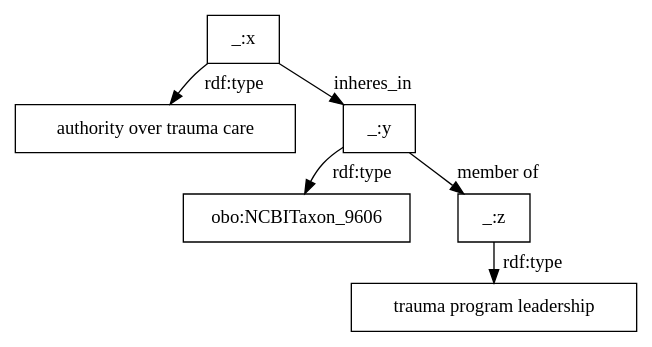
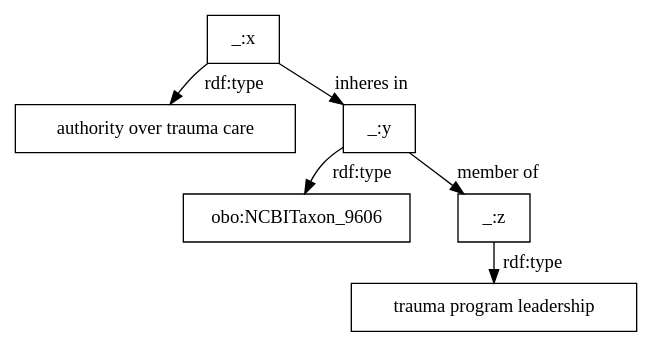
Before and after one commit to utecht/dideo-server: the diagram in cafe/graphs/9.dot, drawn with Graphviz. The commit also changed 9 other files, not shown here.

Commit message:
update generate graphs to remove fake predicates

```diff
--- a/cafe/graphs/9.dot
+++ b/cafe/graphs/9.dot
@@ -1,8 +1,8 @@
 digraph g { node [shape=rectangle];
 graph [splines=true, nodesep=.5, ranksep=0, overlap=false];
 "_:x" -> "authority over trauma care" [label="rdf:type"]
-"_:x" -> "_:y" [label="inheres_in"]
+"_:x" -> "_:y" [label="inheres in"]
 "_:y" -> "obo:NCBITaxon_9606" [label="rdf:type"]
 "_:y" -> "_:z" [label="member of"]
 "_:z" -> "trauma program leadership" [label="rdf:type"]
 }
```
